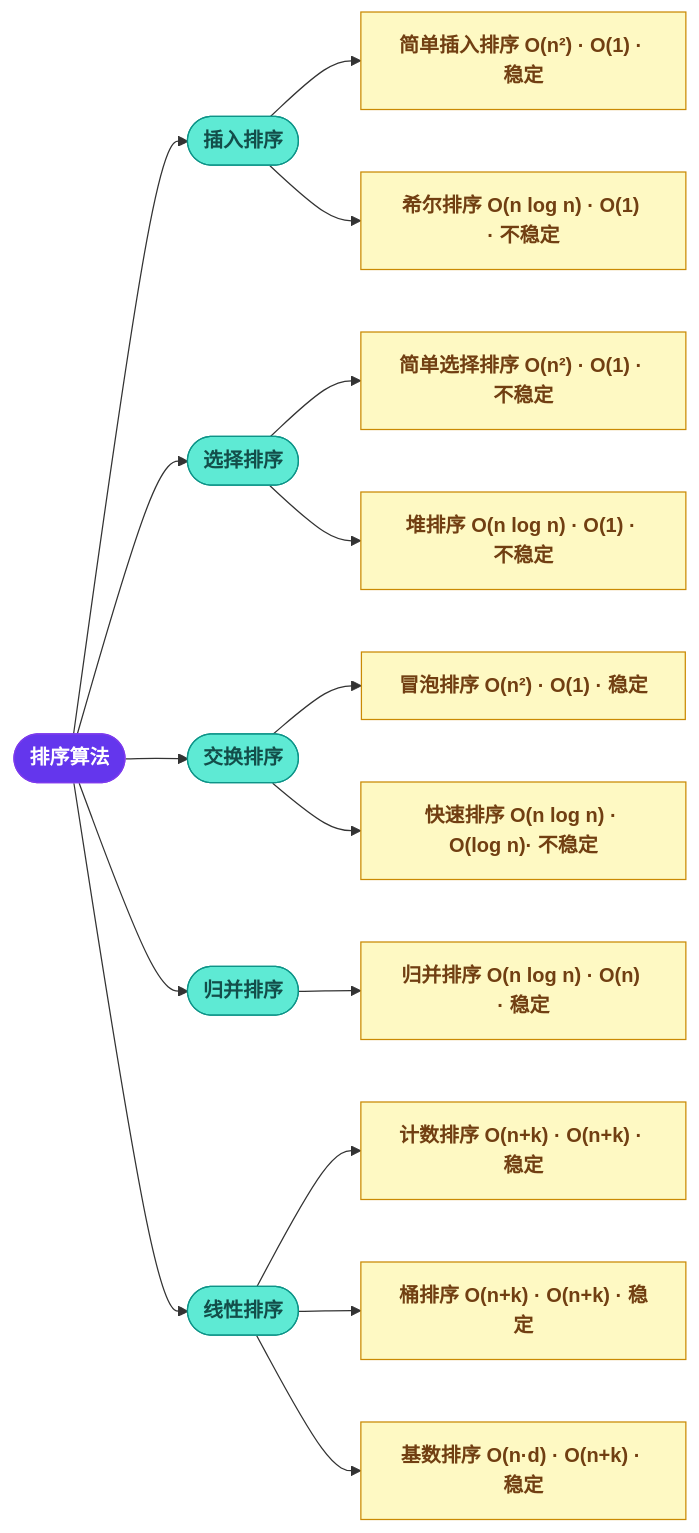
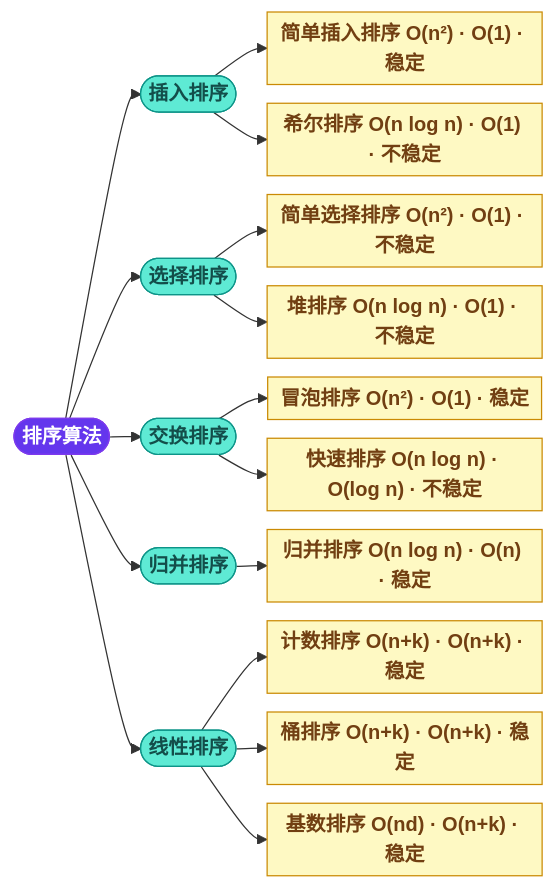
One commit to microwind/algorithms changed the second of 17 diagrams in sorting/README.md. Above: the diagram before and after it, drawn with Mermaid. The commit also changed other lines of this file and 3 other files, not shown here.

````diff
--- a/sorting/README.md
+++ b/sorting/README.md
@@ -58,29 +60,30 @@
 ```mermaid
+%%{init: {'flowchart': {'nodeSpacing': 15, 'rankSpacing': 25, 'padding': 5}}}%%
 graph LR
     Root([排序算法]):::root
 
     Root --> A([插入排序]):::cat
     Root --> B([选择排序]):::cat
     Root --> C([交换排序]):::cat
     Root --> D([归并排序]):::cat
     Root --> E([线性排序]):::cat
 
     A --> A1["<b>简单插入排序</b> O(n²) · O(1) · 稳定"]:::leaf
     A --> A2["<b>希尔排序</b> O(n log n) · O(1) · 不稳定"]:::leaf
 
     B --> B1["<b>简单选择排序</b> O(n²) · O(1) · 不稳定"]:::leaf
     B --> B2["<b>堆排序</b> O(n log n) · O(1) · 不稳定"]:::leaf
 
     C --> C1["<b>冒泡排序</b> O(n²) · O(1) · 稳定"]:::leaf
-    C --> C2["<b>快速排序</b> O(n log n) · O(log n)· 不稳定"]:::leaf
+    C --> C2["<b>快速排序</b> O(n log n) · O(log n) · 不稳定"]:::leaf
 
     D --> D1["<b>归并排序</b> O(n log n) · O(n) · 稳定"]:::leaf
 
     E --> E1["<b>计数排序</b> O(n+k) · O(n+k) · 稳定"]:::leaf
     E --> E2["<b>桶排序</b> O(n+k) · O(n+k) · 稳定"]:::leaf
-    E --> E3["<b>基数排序</b> O(n·d) · O(n+k) · 稳定"]:::leaf
+    E --> E3["<b>基数排序</b> O(nd) · O(n+k) · 稳定"]:::leaf
 
     classDef root fill:#6436ED,stroke:#7c3aed,color:#fff,font-weight:bold
     classDef cat  fill:#5eead4,stroke:#0d9488,color:#134e4a,font-weight:bold
     classDef leaf fill:#fef9c3,stroke:#ca8a04,color:#713f12
 ```
````
